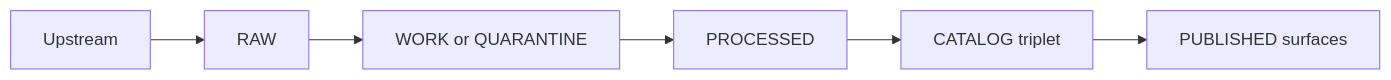
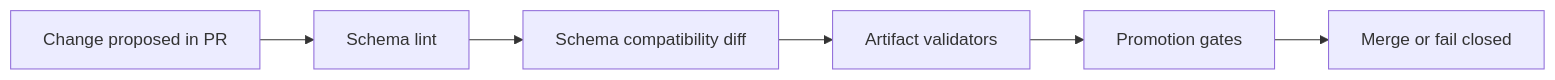
The diagram in schemas/README.md (bartytime4life/Kansas-Frontier-Matrix), drawn with Mermaid before and after one commit. The commit also changed other lines of this file, not shown here.

````diff
--- a/schemas/README.md
+++ b/schemas/README.md
@@ -95,8 +195,8 @@
-```mermaid
+~~~mermaid
 flowchart LR
-  U[Upstream] --> RAW[RAW]
-  RAW --> WORK[WORK or QUARANTINE]
-  WORK --> PROC[PROCESSED]
-  PROC --> CAT[CATALOG triplet]
-  CAT --> PUB[PUBLISHED surfaces]
-```
+  A[Change proposed in PR] --> B[Schema lint]
+  B --> C[Schema compatibility diff]
+  C --> D[Artifact validators]
+  D --> E[Promotion gates]
+  E --> F[Merge or fail closed]
+~~~
````
